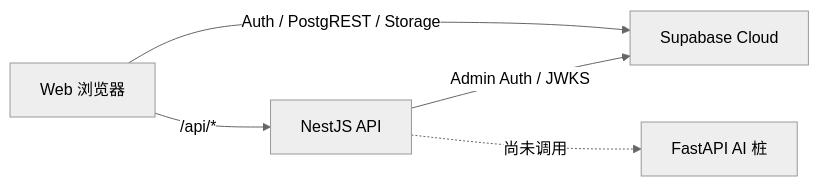
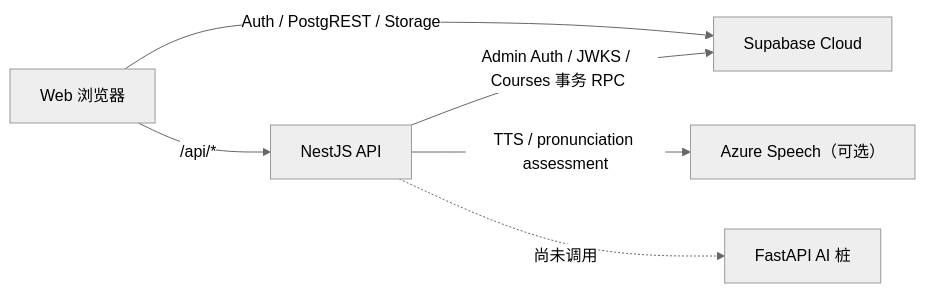
Before and after one commit to HuanZhang2006/Nalanda: the diagram in docs/guides/API.md, drawn with Mermaid (neutral theme). The commit also changed other lines of this file and 95 other files, not shown here.

````diff
--- a/docs/guides/API.md
+++ b/docs/guides/API.md
@@ -9,7 +9,8 @@
 ```mermaid
 flowchart LR
     Browser["Web 浏览器"] -->|"/api/*"| Nest["NestJS API"]
     Browser -->|"Auth / PostgREST / Storage"| Supabase["Supabase Cloud"]
-    Nest -->|"Admin Auth / JWKS"| Supabase
+    Nest -->|"Admin Auth / JWKS / Courses 事务 RPC"| Supabase
+    Nest -->|"TTS / pronunciation assessment"| Azure["Azure Speech（可选）"]
     Nest -. "尚未调用" .-> AI["FastAPI AI 桩"]
 ```
````
